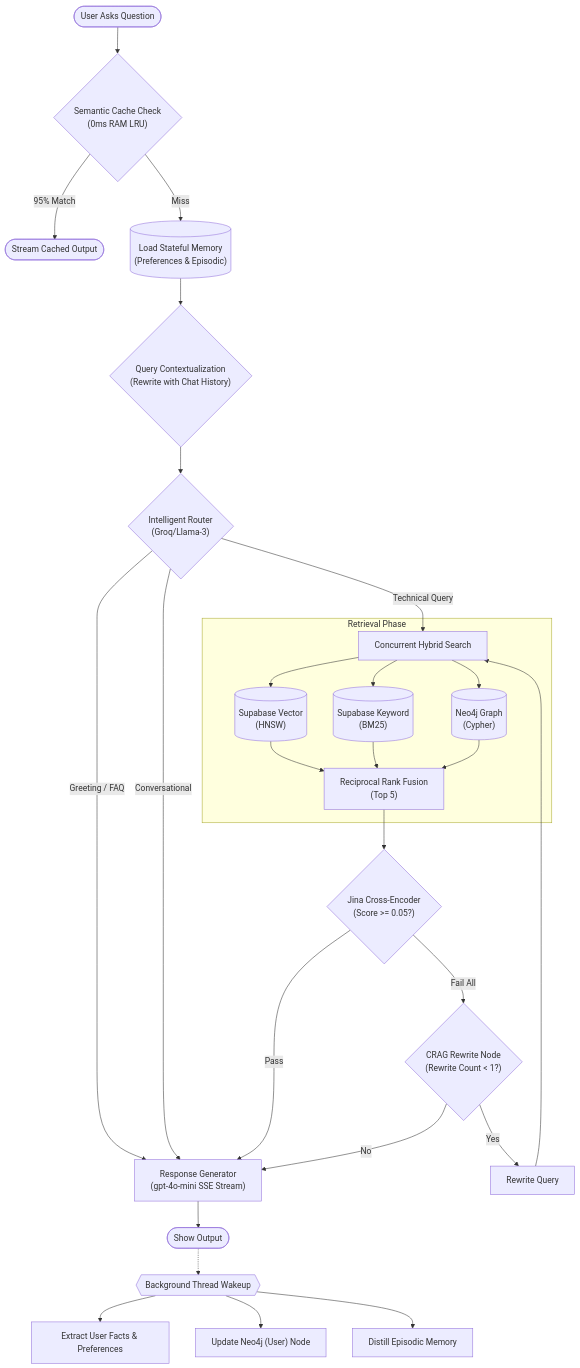
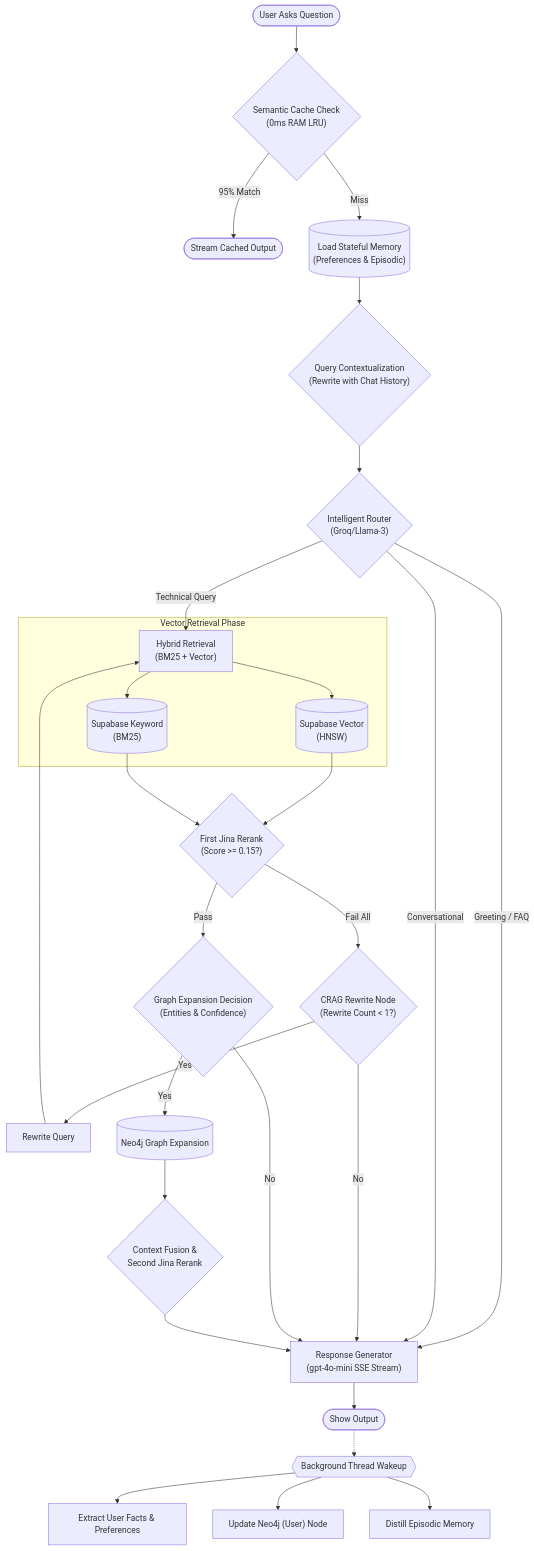
One commit to niteshkumarvarma30/CognitRAG.ai changed the second of 2 diagrams in README.md. Above: the diagram before and after it, drawn with Mermaid. The commit also changed other lines of this file, not shown here.

Commit message:
Update Phase 2 workflow in README to reflect Graph RAG pipeline

````diff
--- a/README.md
+++ b/README.md
@@ -31,43 +31,49 @@
 ```mermaid
 graph TD
     Start([User Asks Question]) --> CacheCheck{"Semantic Cache Check<br/>(0ms RAM LRU)"}
     
     %% Cache Hit
     CacheCheck -->|95% Match| StreamCache(["Stream Cached Output"])
     
     %% Cache Miss
     CacheCheck -->|Miss| MemLoad[("Load Stateful Memory<br/>(Preferences & Episodic)")]
     MemLoad --> Contextualize{"Query Contextualization<br/>(Rewrite with Chat History)"}
     
     Contextualize --> Router{"Intelligent Router<br/>(Groq/Llama-3)"}
     
     %% Routing
-    Router -->|Greeting / FAQ| StreamGen
+    Router -->|Greeting / FAQ| StreamGen["Response Generator<br/>(gpt-4o-mini SSE Stream)"]
     Router -->|Conversational| StreamGen
-    Router -->|Technical Query| HybridSearch["Concurrent Hybrid Search"]
+    Router -->|Technical Query| HybridSearch["Hybrid Retrieval<br/>(BM25 + Vector)"]
     
     %% Retrieval
-    subgraph Retrieval Phase
+    subgraph Vector Retrieval Phase
         HybridSearch --> VS[("Supabase Vector<br/>(HNSW)")]
         HybridSearch --> KS[("Supabase Keyword<br/>(BM25)")]
-        HybridSearch --> GS[("Neo4j Graph<br/>(Cypher)")]
-        VS & KS & GS --> RRF["Reciprocal Rank Fusion<br/>(Top 5)"]
     end
     
-    %% Reranking
-    RRF --> Grader{"Jina Cross-Encoder<br/>(Score >= 0.05?)"}
+    %% First Rerank
+    VS & KS --> Grader{"First Jina Rerank<br/>(Score >= 0.15?)"}
     
-    Grader -->|Pass| StreamGen["Response Generator<br/>(gpt-4o-mini SSE Stream)"]
+    %% CRAG
     Grader -->|Fail All| CRAG{"CRAG Rewrite Node<br/>(Rewrite Count < 1?)"}
-    
     CRAG -->|Yes| RewriteLLM["Rewrite Query"]
     RewriteLLM --> HybridSearch
     CRAG -->|No| StreamGen
+    
+    %% Graph Expansion
+    Grader -->|Pass| GraphDecision{"Graph Expansion Decision<br/>(Entities & Confidence)"}
+    GraphDecision -->|No| StreamGen
+    GraphDecision -->|Yes| GraphExpand[("Neo4j Graph Expansion")]
+    
+    %% Fusion & Second Rerank
+    GraphExpand --> Fuse{"Context Fusion &<br/>Second Jina Rerank"}
+    Fuse --> StreamGen
     
     %% Background Extraction
     StreamGen --> Output([Show Output])
     Output -.-> BackgroundExec{{"Background Thread Wakeup"}}
     BackgroundExec --> ExtractFacts["Extract User Facts & Preferences"]
     BackgroundExec --> UpdateGraph["Update Neo4j (User) Node"]
     BackgroundExec --> DistillMem["Distill Episodic Memory"]
 ```
````
